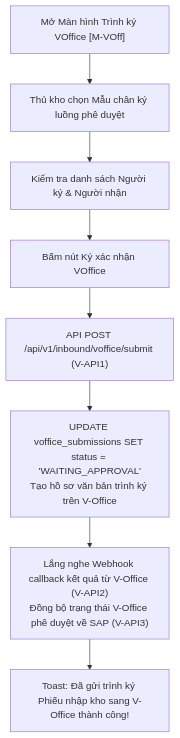
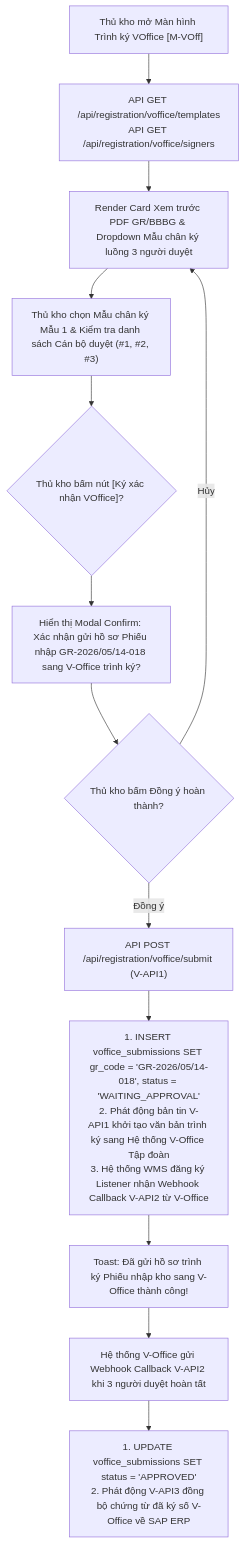
Before and after one commit to EdwardTran04/Project_Management: the ninth of 11 diagrams in ba/documents/srs/new/SRS_MM.10A_QuyTrinh_Va_ManHinh_Task_NhapKho_NCC_Mobile_v1.0.0.md, drawn with Mermaid. The commit also changed other lines of this file and 38 other files, not shown here.

Commit message:
Cập nhập sprint, tài liệu có tích hợp API

````diff
--- a/ba/documents/srs/new/SRS_MM.10A_QuyTrinh_Va_ManHinh_Task_NhapKho_NCC_Mobile_v1.0.0.md
+++ b/ba/documents/srs/new/SRS_MM.10A_QuyTrinh_Va_ManHinh_Task_NhapKho_NCC_Mobile_v1.0.0.md
@@ -652,10 +966,20 @@
 ```mermaid
 flowchart TD
-    A["Mở Màn hình Trình ký VOffice [M-VOff]"] --> B["Thủ kho chọn Mẫu chân ký luồng phê duyệt"]
-    B --> C["Kiểm tra danh sách Người ký & Người nhận"]
-    C --> D["Bấm nút Ký xác nhận VOffice"]
-    D --> E["API POST /api/v1/inbound/voffice/submit (V-API1)"]
-    E --> F["UPDATE voffice_submissions SET status = 'WAITING_APPROVAL'<br>Tạo hồ sơ văn bản trình ký trên V-Office"]
-    F --> G["Lắng nghe Webhook callback kết quả từ V-Office (V-API2)<br>Đồng bộ trạng thái V-Office phê duyệt về SAP (V-API3)"]
-    G --> H["Toast: Đã gửi trình ký Phiếu nhập kho sang V-Office thành công!"]
+    A["Thủ kho mở Màn hình Trình ký VOffice [M-VOff]"] --> B["API GET /api/registration/voffice/templates<br>API GET /api/registration/voffice/signers"]
+    B --> C["Render Card Xem trước PDF GR/BBBG & Dropdown Mẫu chân ký luồng 3 người duyệt"]
+    
+    C --> D["Thủ kho chọn Mẫu chân ký Mẫu 1 & Kiểm tra danh sách Cán bộ duyệt (#1, #2, #3)"]
+    D --> E{"Thủ kho bấm nút [Ký xác nhận VOffice]?"}
+
+    E --> F["Hiển thị Modal Confirm: Xác nhận gửi hồ sơ Phiếu nhập GR-2026/05/14-018 sang V-Office trình ký?"]
+    F --> G{"Thủ kho bấm Đồng ý hoàn thành?"}
+    G -- Hủy --> C
+    G -- Đồng ý --> H["API POST /api/registration/voffice/submit (V-API1)"]
+    
+    H --> I["1. INSERT voffice_submissions SET gr_code = 'GR-2026/05/14-018', status = 'WAITING_APPROVAL'<br>2. Phát động bản tin V-API1 khởi tạo văn bản trình ký sang Hệ thống V-Office Tập đoàn<br>3. Hệ thống WMS đăng ký Listener nhận Webhook Callback V-API2 từ V-Office"]
+    
+    I --> J["Toast: Đã gửi hồ sơ trình ký Phiếu nhập kho sang V-Office thành công!"]
+    
+    J --> K["Hệ thống V-Office gửi Webhook Callback V-API2 khi 3 người duyệt hoàn tất"]
+    K --> L["1. UPDATE voffice_submissions SET status = 'APPROVED'<br>2. Phát động V-API3 đồng bộ chứng từ đã ký số V-Office về SAP ERP"]
 ```
````
